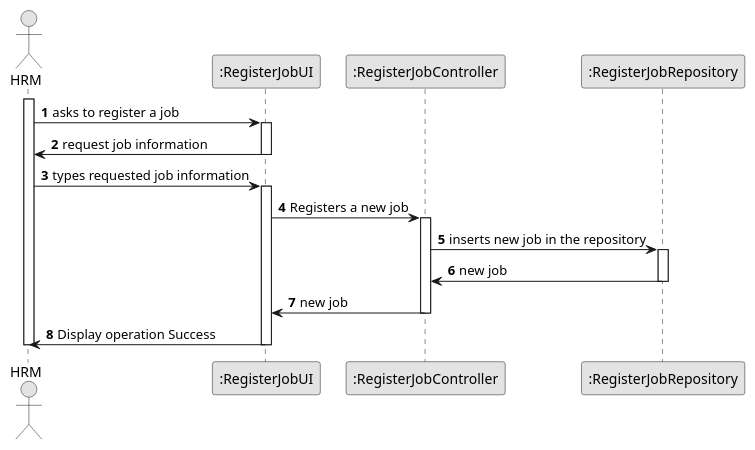
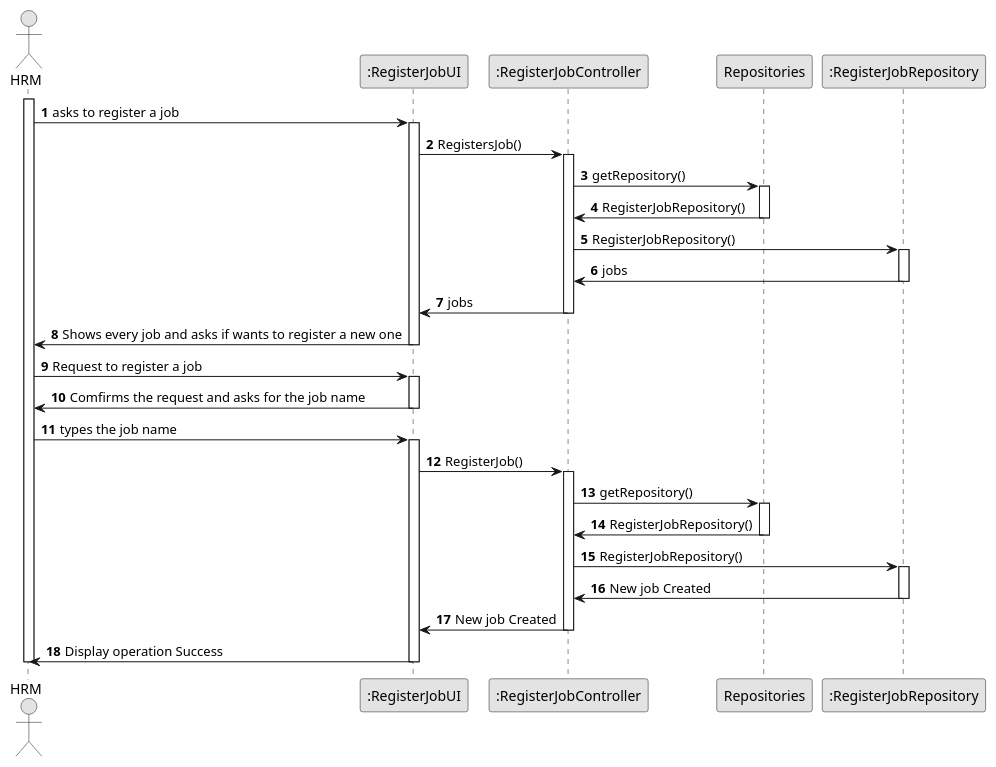
One commit to Departamento-de-Engenharia-Informatica/lei-24-s2-1dm-g132 changed the diagram in docs/sprintB/us002/03.design/puml/us002-sequence-diagram-ui-controller-overview.puml. Above: the diagram before and after it, drawn with PlantUML. The commit also changed 2 other files, not shown here.

Commit message:
Changes in the us 002 and us 006 Sequence diagram

```diff
--- a/docs/sprintB/us002/03.design/puml/us002-sequence-diagram-ui-controller-overview.puml
+++ b/docs/sprintB/us002/03.design/puml/us002-sequence-diagram-ui-controller-overview.puml
@@ -1,35 +1,55 @@
 @startuml
 skinparam monochrome true
 skinparam packageStyle rectangle
 skinparam shadowing false
 
 autonumber
 
 'hide footbox
 actor "HRM" as USER
 participant ":RegisterJobUI" as RegisterJobUI
 participant ":RegisterJobController" as RegisterJobController
+participant "Repositories" as Repositories
 participant ":RegisterJobRepository" as RegisterJobRepository
+
 
 activate USER
 USER -> RegisterJobUI : asks to register a job
 activate RegisterJobUI
-RegisterJobUI ->USER : request job information
+RegisterJobUI -> RegisterJobController : RegistersJob()
+activate RegisterJobController
+RegisterJobController -> Repositories: getRepository()
+activate Repositories
+Repositories -> RegisterJobController : RegisterJobRepository()
+deactivate Repositories
+RegisterJobController -> RegisterJobRepository: RegisterJobRepository()
+activate RegisterJobRepository
+RegisterJobRepository -> RegisterJobController : jobs
+deactivate RegisterJobRepository
+RegisterJobController -> RegisterJobUI : jobs
+deactivate RegisterJobController
+RegisterJobUI -> USER : Shows every job and asks if wants to register a new one
 deactivate RegisterJobUI
-
-USER -> RegisterJobUI : types requested job information
+USER -> RegisterJobUI : Request to register a job
 activate RegisterJobUI
-RegisterJobUI -> RegisterJobController : Registers a new job
+RegisterJobUI -> USER : Comfirms the request and asks for the job name
+deactivate RegisterJobUI
+USER -> RegisterJobUI : types the job name
+activate RegisterJobUI
+RegisterJobUI -> RegisterJobController : RegisterJob()
 activate RegisterJobController
-RegisterJobController -> RegisterJobRepository:inserts new job in the repository
+RegisterJobController -> Repositories: getRepository()
+activate Repositories
+Repositories -> RegisterJobController : RegisterJobRepository()
+deactivate Repositories
+RegisterJobController -> RegisterJobRepository: RegisterJobRepository()
 activate RegisterJobRepository
-RegisterJobRepository -> RegisterJobController : new job
+RegisterJobRepository -> RegisterJobController : New job Created
 deactivate RegisterJobRepository
-RegisterJobController -> RegisterJobUI : new job
+RegisterJobController -> RegisterJobUI : New job Created
 deactivate RegisterJobController
-
 RegisterJobUI -> USER : Display operation Success
 deactivate RegisterJobUI
 deactivate USER
 
 @enduml
```
